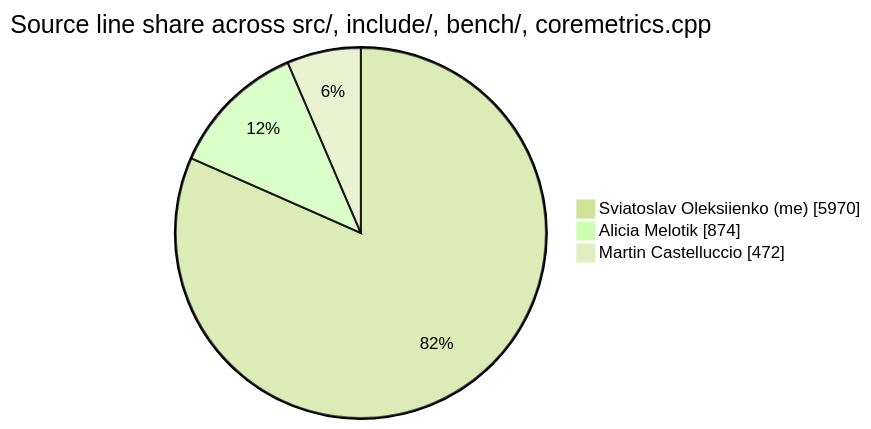
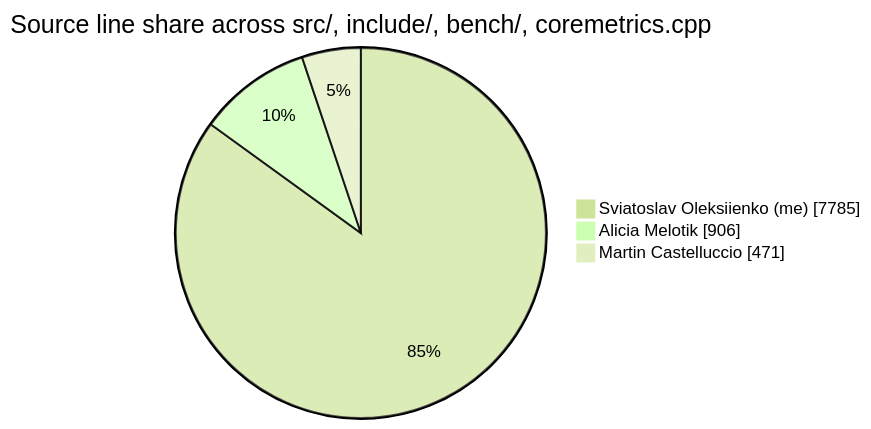
Before and after one commit to sviatil0/coremetrics: the diagram in .github/badges/contributions.md, drawn with Mermaid (forest theme). The commit also changed other lines of this file and 2 other files, not shown here.

````diff
--- a/.github/badges/contributions.md
+++ b/.github/badges/contributions.md
@@ -11,7 +11,7 @@
 ```mermaid
 pie showData
     title Source line share across src/, include/, bench/, coremetrics.cpp
-    "Sviatoslav Oleksiienko (me)" : 5970
-    "Alicia Melotik" : 874
-    "Martin Castelluccio" : 472
+    "Sviatoslav Oleksiienko (me)" : 7785
+    "Alicia Melotik" : 906
+    "Martin Castelluccio" : 471
 ```
````
